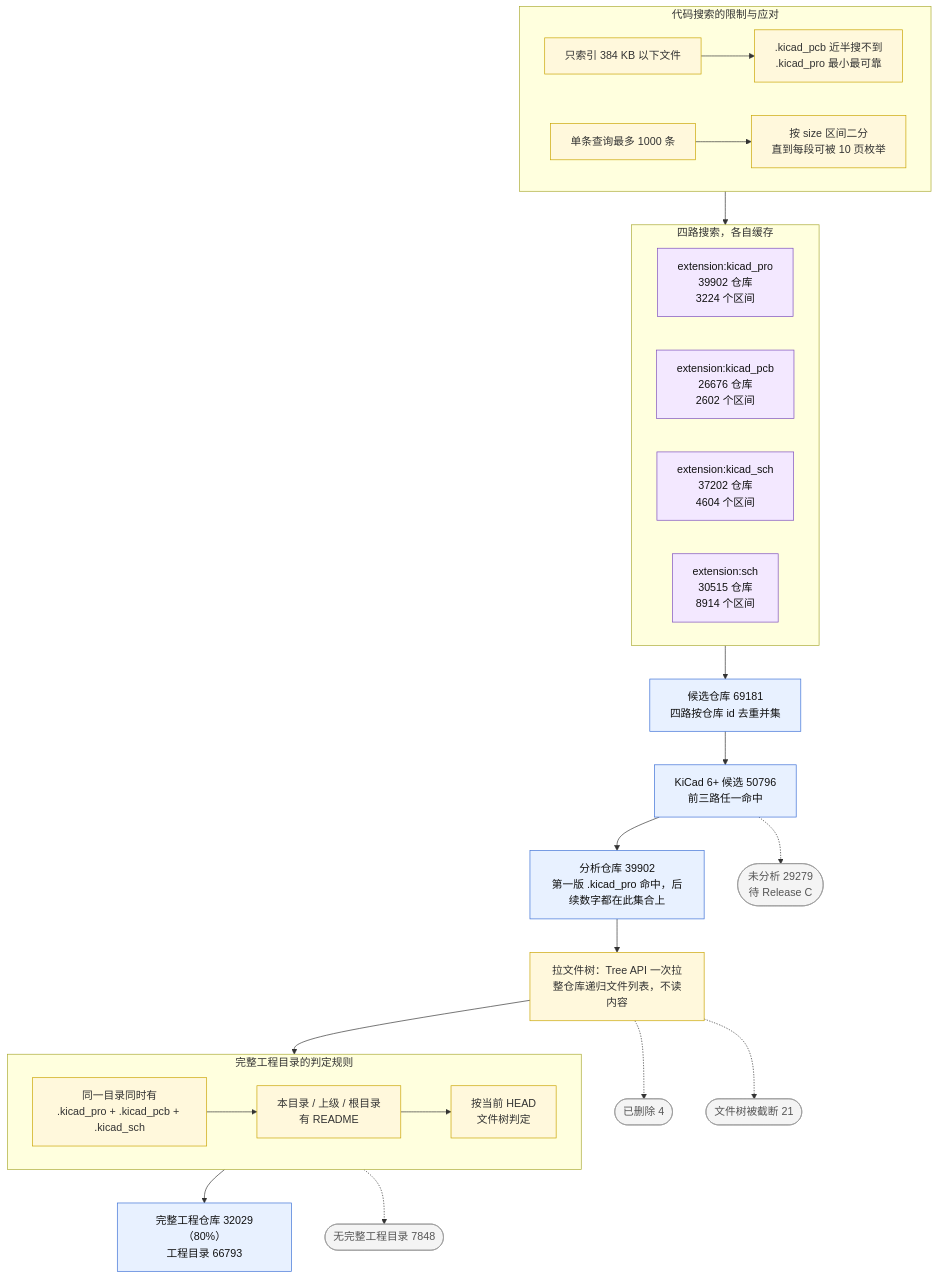
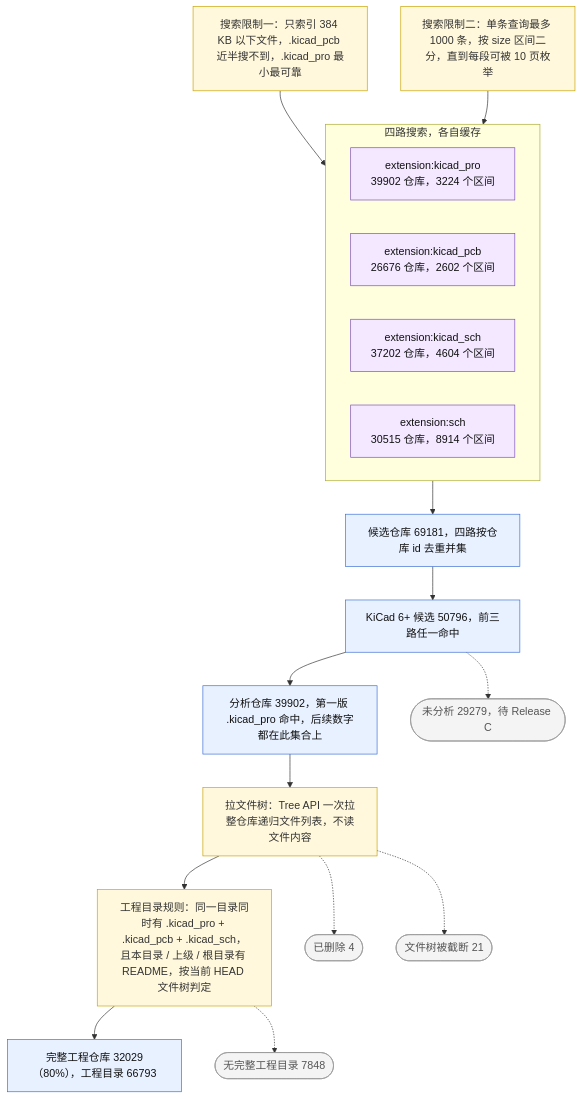
One commit to Xiafyjck/github_kicad_project_scout changed the second of 5 diagrams in reports/progress_report.md. Above: the diagram before and after it, drawn with Mermaid. The commit also changed other lines of this file, not shown here.

Commit message:
reports: rule boxes are single wide lines, one box per rule

````diff
--- a/reports/progress_report.md
+++ b/reports/progress_report.md
@@ -136,35 +136,29 @@
 ```mermaid
 flowchart TB
     classDef exit fill:#f4f4f4,stroke:#999,color:#555
     classDef keep fill:#e8f1ff,stroke:#3b6fd6,color:#111
     classDef src fill:#f3e8ff,stroke:#7c4dbd,color:#111
     classDef rule fill:#fff8dc,stroke:#c9a400,color:#333
 
-    subgraph L[代码搜索的限制与应对]
-        direction LR
-        L1[只索引 384 KB 以下文件]:::rule --> L2[.kicad_pcb 近半搜不到<br/>.kicad_pro 最小最可靠]:::rule
-        L3[单条查询最多 1000 条]:::rule --> L4[按 size 区间二分<br/>直到每段可被 10 页枚举]:::rule
-    end
+    L1[搜索限制一：只索引 384 KB 以下文件，.kicad_pcb 近半搜不到，.kicad_pro 最小最可靠]:::rule
+    L2[搜索限制二：单条查询最多 1000 条，按 size 区间二分，直到每段可被 10 页枚举]:::rule
     subgraph S[四路搜索，各自缓存]
         direction LR
-        K1[extension:kicad_pro<br/>39902 仓库<br/>3224 个区间]:::src
-        K2[extension:kicad_pcb<br/>26676 仓库<br/>2602 个区间]:::src
-        K3[extension:kicad_sch<br/>37202 仓库<br/>4604 个区间]:::src
-        K4[extension:sch<br/>30515 仓库<br/>8914 个区间]:::src
+        K1[extension:kicad_pro<br/>39902 仓库，3224 个区间]:::src
+        K2[extension:kicad_pcb<br/>26676 仓库，2602 个区间]:::src
+        K3[extension:kicad_sch<br/>37202 仓库，4604 个区间]:::src
+        K4[extension:sch<br/>30515 仓库，8914 个区间]:::src
     end
-    L --> S
-    S --> C[候选仓库 69181<br/>四路按仓库 id 去重并集]:::keep
-    C --> C6[KiCad 6+ 候选 50796<br/>前三路任一命中]:::keep
-    C6 --> A[分析仓库 39902<br/>第一版 .kicad_pro 命中，后续数字都在此集合上]:::keep
-    C6 -.-> CX([未分析 29279<br/>待 Release C]):::exit
-    A --> T[拉文件树：Tree API 一次拉整仓库递归文件列表，不读内容]:::rule
-    subgraph R[完整工程目录的判定规则]
-        direction LR
-        R1[同一目录同时有<br/>.kicad_pro + .kicad_pcb + .kicad_sch]:::rule --> R2[本目录 / 上级 / 根目录<br/>有 README]:::rule --> R3[按当前 HEAD<br/>文件树判定]:::rule
-    end
-    T --> R
-    R --> Q[完整工程仓库 32029（80%）<br/>工程目录 66793]:::keep
+    L1 --> S
+    L2 --> S
+    S --> C[候选仓库 69181，四路按仓库 id 去重并集]:::keep
+    C --> C6[KiCad 6+ 候选 50796，前三路任一命中]:::keep
+    C6 --> A[分析仓库 39902，第一版 .kicad_pro 命中，后续数字都在此集合上]:::keep
+    C6 -.-> CX([未分析 29279，待 Release C]):::exit
+    A --> T[拉文件树：Tree API 一次拉整仓库递归文件列表，不读文件内容]:::rule
+    T --> R[工程目录规则：同一目录同时有 .kicad_pro + .kicad_pcb + .kicad_sch，且本目录 / 上级 / 根目录有 README，按当前 HEAD 文件树判定]:::rule
+    R --> Q[完整工程仓库 32029（80%），工程目录 66793]:::keep
     T -.-> AX1([已删除 4]):::exit
     T -.-> AX2([文件树被截断 21]):::exit
     R -.-> AX3([无完整工程目录 7848]):::exit
 ```
````
